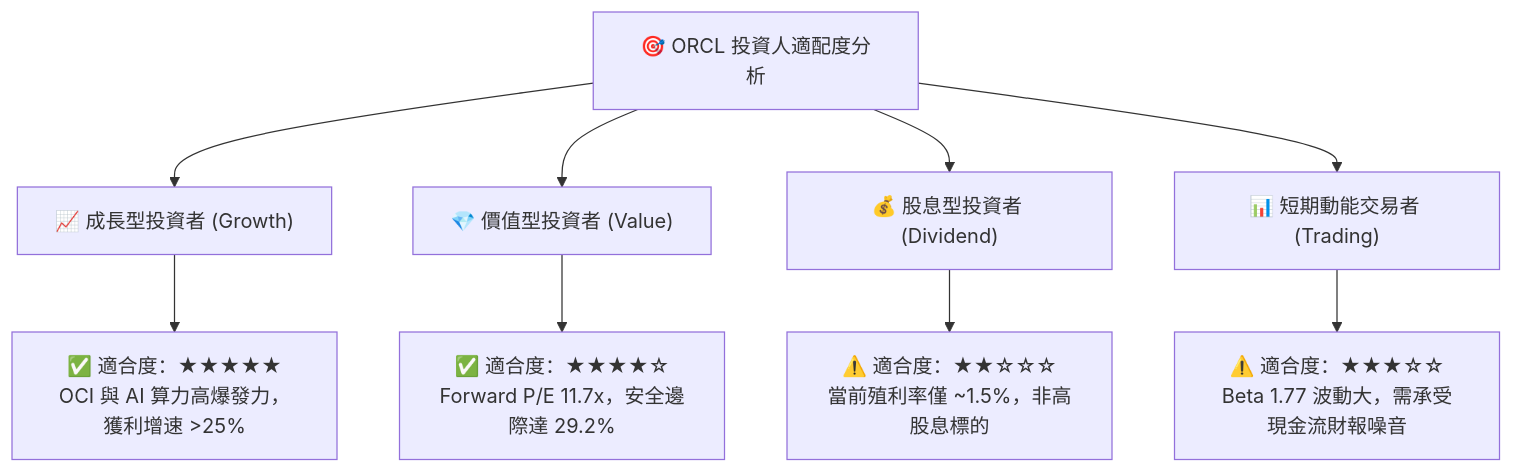
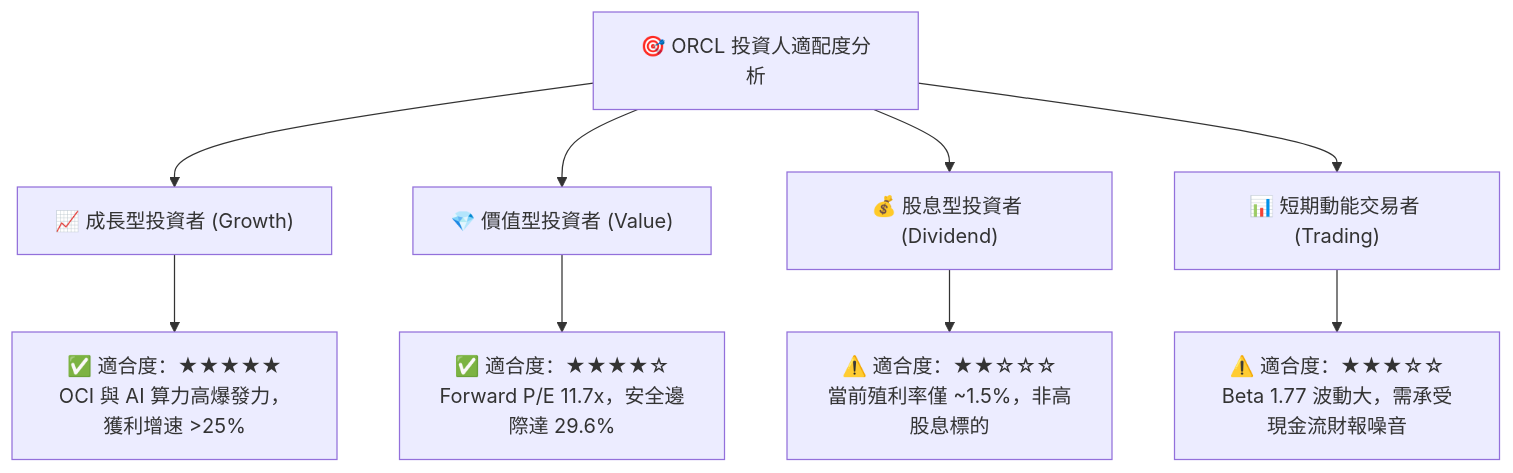
Before and after one commit to yennanliu/finance_data: diagram 15 of 15 in ai_gen_report/fundamental/orcl/fundamental_analysis_2026-10-21_gemini.md, drawn with Mermaid. The commit also changed other lines of this file and 339 other files, not shown here.

````diff
--- a/ai_gen_report/fundamental/orcl/fundamental_analysis_2026-10-21_gemini.md
+++ b/ai_gen_report/fundamental/orcl/fundamental_analysis_2026-10-21_gemini.md
@@ -1063,14 +1078,14 @@
 ```mermaid
 graph TD
     INV["🎯 ORCL 投資人適配度分析"]
 
     INV --> G["📈 成長型投資者 (Growth)"]
     INV --> V["💎 價值型投資者 (Value)"]
     INV --> D["💰 股息型投資者 (Dividend)"]
     INV --> T["📊 短期動能交易者 (Trading)"]
 
     G --> G1["✅ 適合度：★★★★★<br/>OCI 與 AI 算力高爆發力，獲利增速 >25%"]
-    V --> V1["✅ 適合度：★★★★☆<br/>Forward P/E 11.7x，安全邊際達 29.2%"]
+    V --> V1["✅ 適合度：★★★★☆<br/>Forward P/E 11.7x，安全邊際達 29.6%"]
     D --> D1["⚠️ 適合度：★★☆☆☆<br/>當前殖利率僅 ~1.5%，非高股息標的"]
     T --> T1["⚠️ 適合度：★★★☆☆<br/>Beta 1.77 波動大，需承受現金流財報噪音"]
 ```
````
